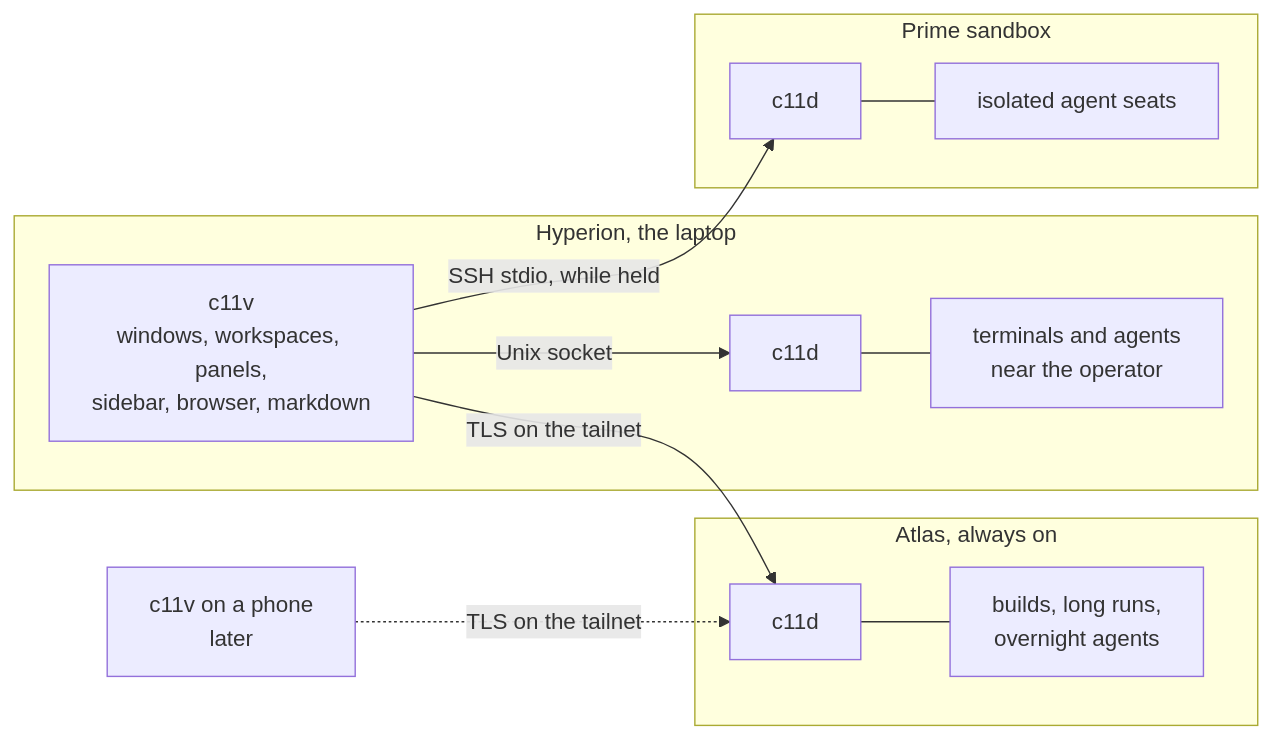
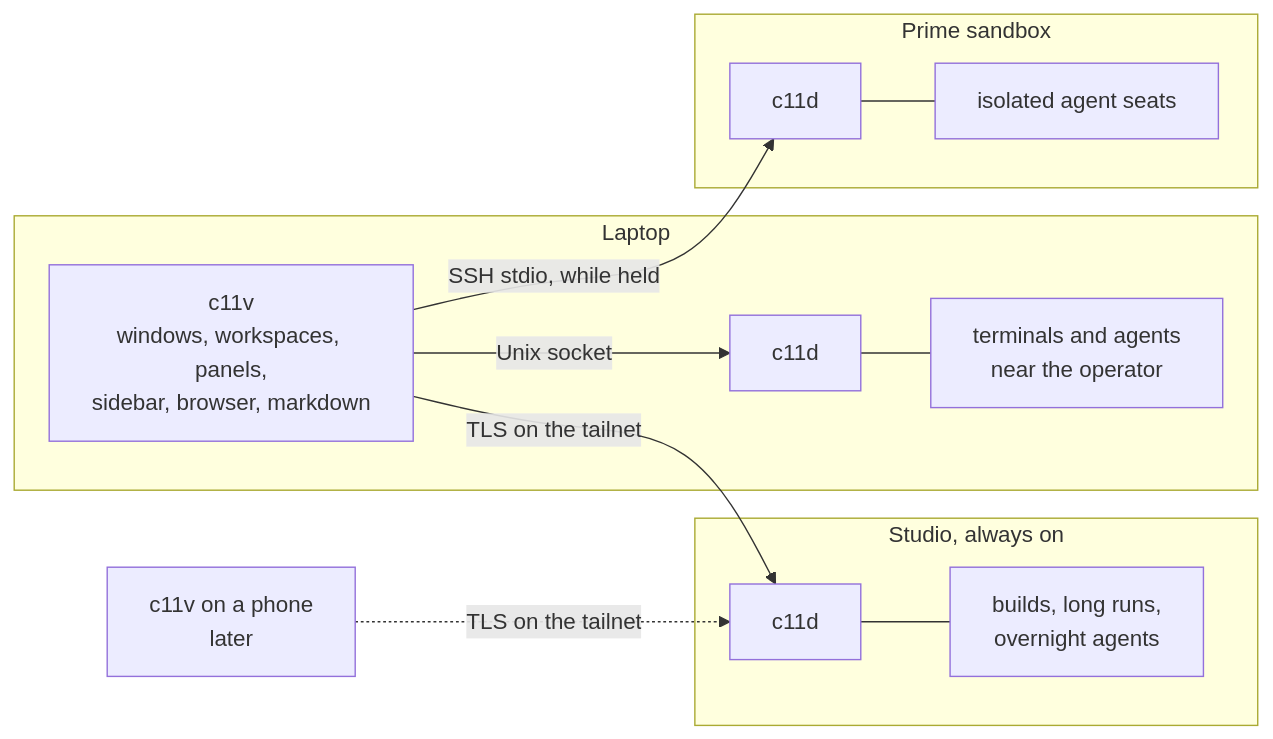
Before and after one commit to Stage-11-Agentics/c11: the first of 7 diagrams in docs/c11v-design.md, drawn with Mermaid. The commit also changed other lines of this file and 1248 other files, not shown here.

````diff
--- a/docs/c11v-design.md
+++ b/docs/c11v-design.md
@@ -28,24 +28,24 @@
 ```mermaid
 flowchart LR
-  subgraph HYP["Hyperion, the laptop"]
+  subgraph HYP["Laptop"]
     V["c11v<br/>windows, workspaces, panels,<br/>sidebar, browser, markdown"]
     DH["c11d"]
     TH["terminals and agents<br/>near the operator"]
     DH --- TH
   end
-  subgraph ATL["Atlas, always on"]
+  subgraph ATL["Studio, always on"]
     DA["c11d"]
     TA["builds, long runs,<br/>overnight agents"]
     DA --- TA
   end
   subgraph PRI["Prime sandbox"]
     DP["c11d"]
     TP["isolated agent seats"]
     DP --- TP
   end
   PH["c11v on a phone<br/>later"]
   V -->|"Unix socket"| DH
   V -->|"TLS on the tailnet"| DA
   V -->|"SSH stdio, while held"| DP
   PH -.->|"TLS on the tailnet"| DA
 ```
````
